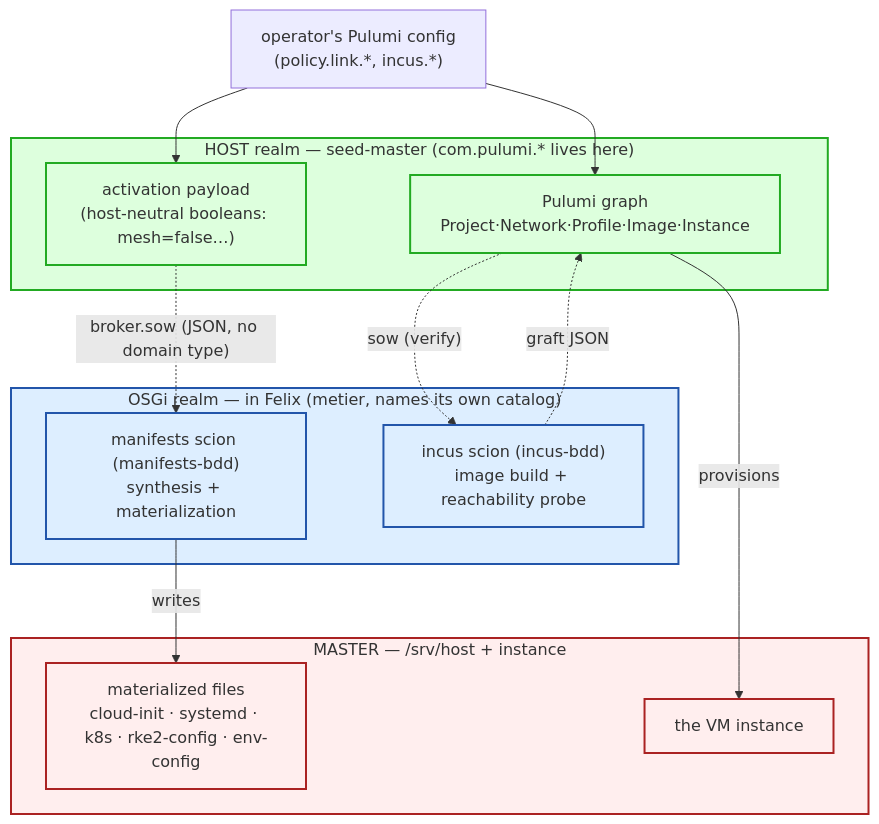
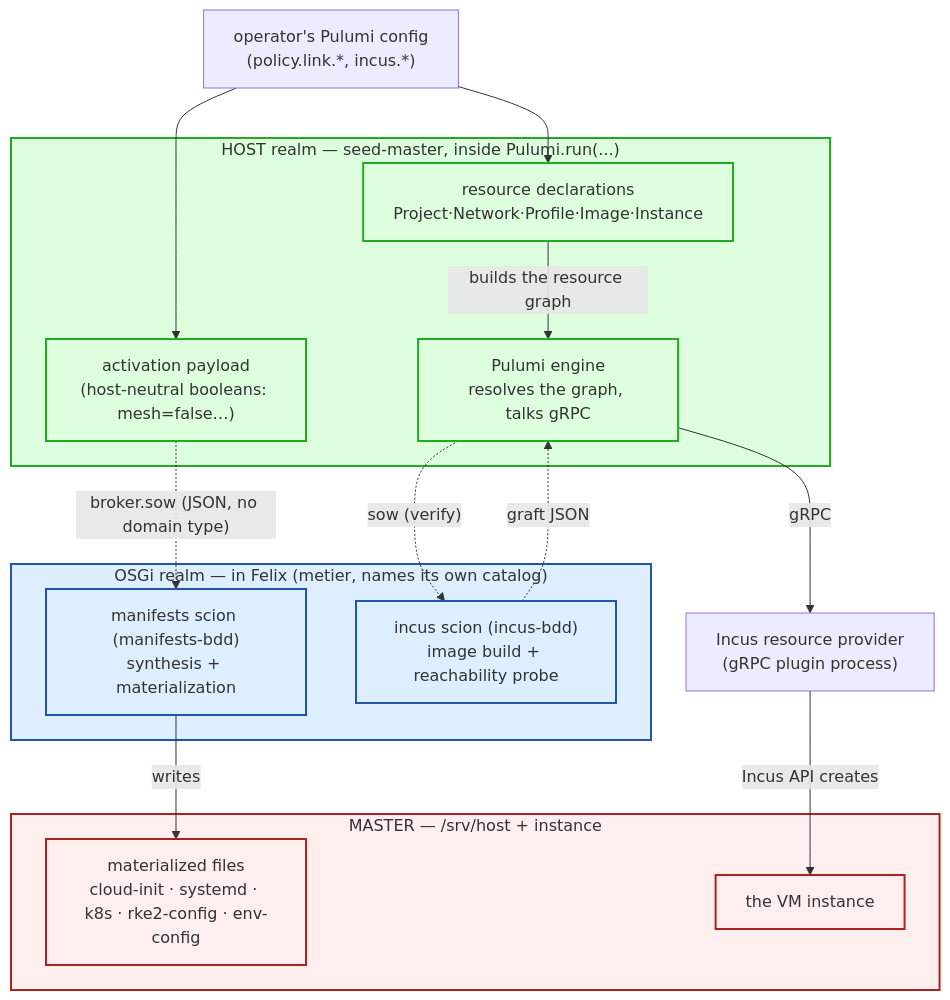
The first of 3 diagrams in docs/architecture/bootstrap/provisioning-slice-architecture.adoc (nxmatic/rke2lab), drawn with Mermaid before and after one commit. The commit also changed other lines of this file, not shown here.

First line of the commit message:
docs(bootstrap): name the Pulumi mechanism precisely — engine + gRPC + provider

```diff
--- a/docs/architecture/bootstrap/provisioning-slice-architecture.adoc
+++ b/docs/architecture/bootstrap/provisioning-slice-architecture.adoc
@@ -30,35 +37,40 @@
 [mermaid]
 ----
 flowchart TB
   op["operator's Pulumi config<br/>(policy.link.*, incus.*)"]
 
-  subgraph host["HOST realm — seed-master (com.pulumi.* lives here)"]
-    pgraph["Pulumi graph<br/>Project·Network·Profile·Image·Instance"]
+  subgraph host["HOST realm — seed-master, inside Pulumi.run(...)"]
+    decl["resource declarations<br/>Project·Network·Profile·Image·Instance"]
+    engine["Pulumi engine<br/>resolves the graph, talks gRPC"]
     payload["activation payload<br/>(host-neutral booleans: mesh=false…)"]
   end
+
+  provider["Incus resource provider<br/>(gRPC plugin process)"]
 
   subgraph felix["OSGi realm — in Felix (metier, names its own catalog)"]
     scion["manifests scion (manifests-bdd)<br/>synthesis + materialization"]
     verify["incus scion (incus-bdd)<br/>image build + reachability probe"]
   end
 
   subgraph master["MASTER — /srv/host + instance"]
     files["materialized files<br/>cloud-init · systemd · k8s · rke2-config · env-config"]
     vm["the VM instance"]
   end
 
-  op --> pgraph
+  op --> decl
   op --> payload
-  pgraph -->|provisions| vm
+  decl -->|"builds the resource graph"| engine
+  engine -->|gRPC| provider
+  provider -->|"Incus API creates"| vm
   payload -.->|"broker.sow (JSON, no domain type)"| scion
   scion -->|writes| files
-  pgraph -.->|"sow (verify)"| verify
-  verify -.->|"graft JSON"| pgraph
+  engine -.->|"sow (verify)"| verify
+  verify -.->|"graft JSON"| engine
 
   classDef h fill:#dfd,stroke:#2a2,stroke-width:2px;
   classDef f fill:#def,stroke:#25a,stroke-width:2px;
   classDef m fill:#fee,stroke:#a22,stroke-width:2px;
-  class host,pgraph,payload h;
+  class host,decl,engine,payload h;
   class felix,scion,verify f;
   class master,files,vm m;
 ----
```
